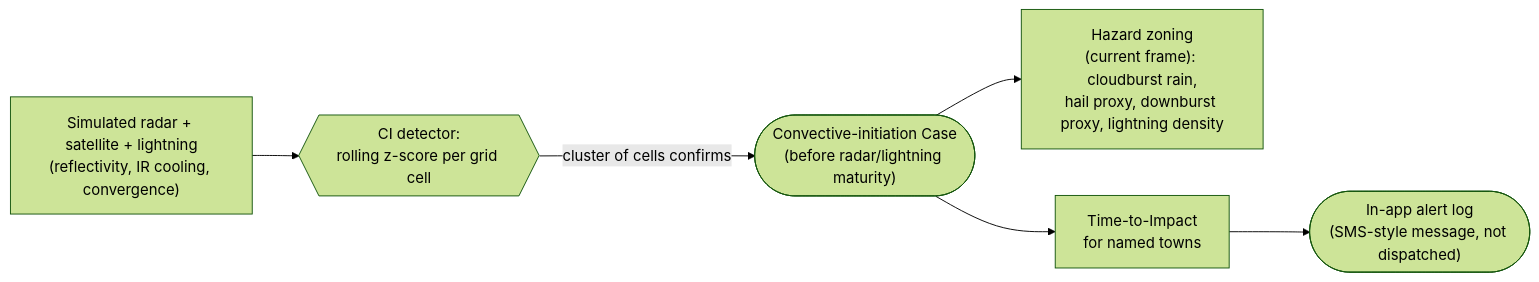
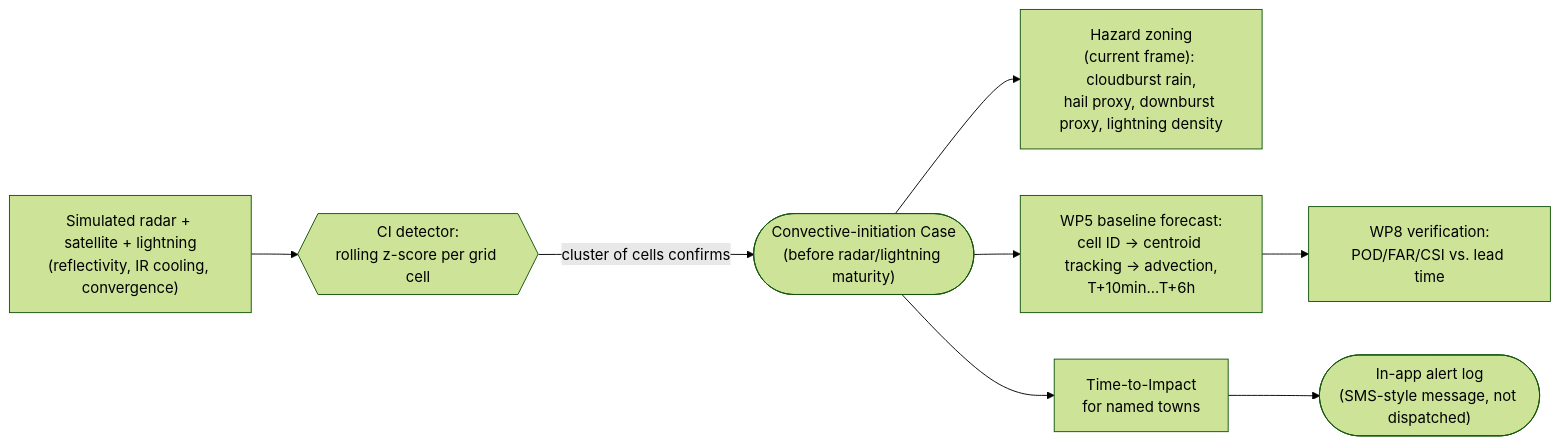
One commit to buildc3/ResQ changed the diagram in README.md. Above: the diagram before and after it, drawn with Mermaid (forest theme). The commit also changed other lines of this file and 12 other files, not shown here.

````diff
--- a/README.md
+++ b/README.md
@@ -14,8 +14,10 @@
 ```mermaid
 flowchart LR
     S["Simulated radar + satellite + lightning\n(reflectivity, IR cooling, convergence)"] --> CI{{"CI detector:\nrolling z-score per grid cell"}}
     CI -->|"cluster of cells confirms"| CASE(["Convective-initiation Case\n(before radar/lightning maturity)"])
     CASE --> HZ["Hazard zoning\n(current frame): cloudburst rain,\nhail proxy, downburst proxy, lightning density"]
+    CASE --> FC["WP5 baseline forecast:\ncell ID -> centroid tracking -> advection,\nT+10min...T+6h"]
+    FC --> SKILL["WP8 verification:\nPOD/FAR/CSI vs. lead time"]
     CASE --> TTI["Time-to-Impact\nfor named towns"]
     TTI --> ALERT(["In-app alert log\n(SMS-style message, not dispatched)"])
 ```
````
